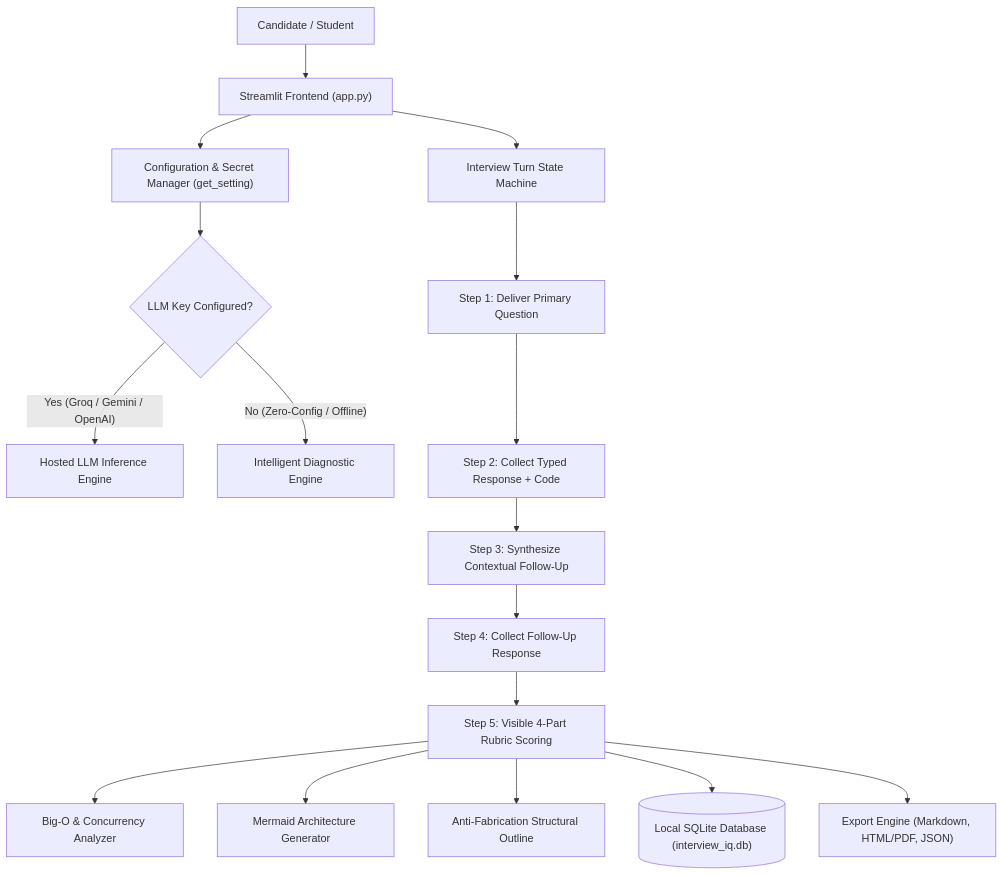
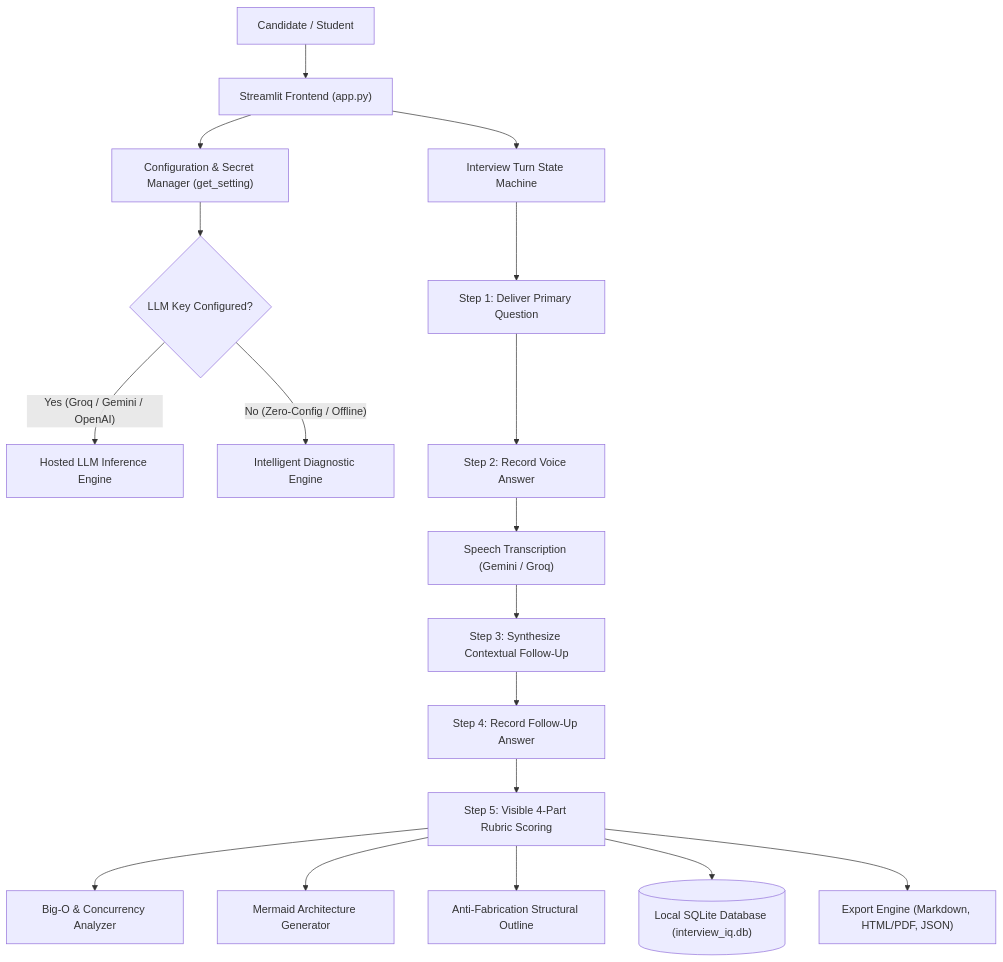
One commit to Sur2004/interview_iq changed the diagram in README.md. Above: the diagram before and after it, drawn with Mermaid. The commit also changed other lines of this file, not shown here.

Commit message:
Update README for voice interview and team roles

````diff
--- a/README.md
+++ b/README.md
@@ -79,23 +81,24 @@
 ```mermaid
 flowchart TD
     Candidate["Candidate / Student"] --> UI["Streamlit Frontend (app.py)"]
     UI --> Config["Configuration & Secret Manager (get_setting)"]
     Config --> ModeCheck{"LLM Key Configured?"}
     
     ModeCheck -- "Yes (Groq / Gemini / OpenAI)" --> LiveLLM["Hosted LLM Inference Engine"]
     ModeCheck -- "No (Zero-Config / Offline)" --> OfflineEngine["Intelligent Diagnostic Engine"]
     
     UI --> TurnEngine["Interview Turn State Machine"]
     TurnEngine --> PrimaryPrompt["Step 1: Deliver Primary Question"]
-    PrimaryPrompt --> UserAns["Step 2: Collect Typed Response + Code"]
-    UserAns --> FollowupGen["Step 3: Synthesize Contextual Follow-Up"]
-    FollowupGen --> FollowupAns["Step 4: Collect Follow-Up Response"]
+    PrimaryPrompt --> UserAns["Step 2: Record Voice Answer"]
+    UserAns --> Speech["Speech Transcription (Gemini / Groq)"]
+    Speech --> FollowupGen["Step 3: Synthesize Contextual Follow-Up"]
+    FollowupGen --> FollowupAns["Step 4: Record Follow-Up Answer"]
     FollowupAns --> RubricEval["Step 5: Visible 4-Part Rubric Scoring"]
     
     RubricEval --> TechTelemetry["Big-O & Concurrency Analyzer"]
     RubricEval --> ArchDiagram["Mermaid Architecture Generator"]
     RubricEval --> EthicalOutline["Anti-Fabrication Structural Outline"]
     
     RubricEval --> SQLite[("Local SQLite Database (interview_iq.db)")]
     RubricEval --> ReportGen["Export Engine (Markdown, HTML/PDF, JSON)"]
 ```
````
